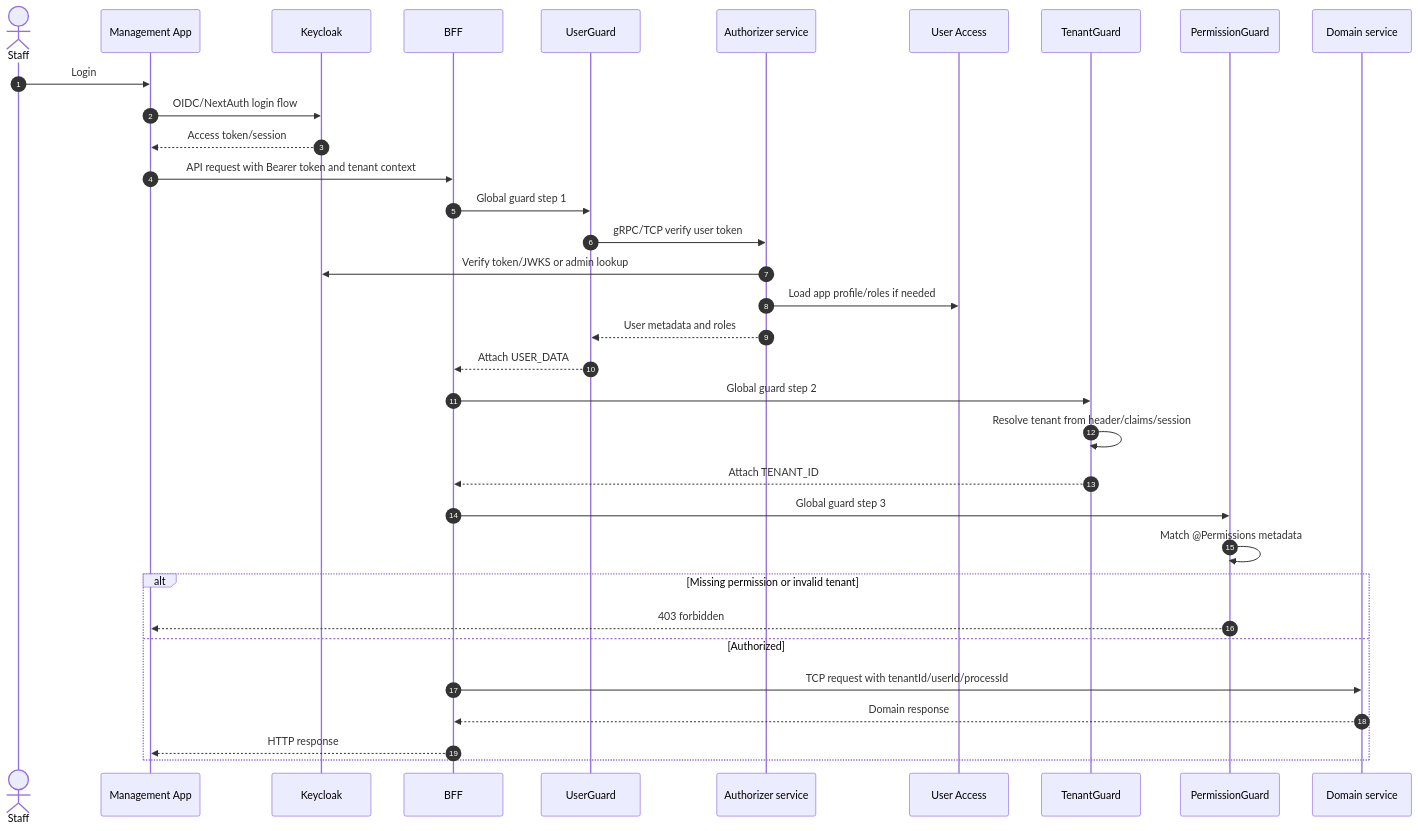
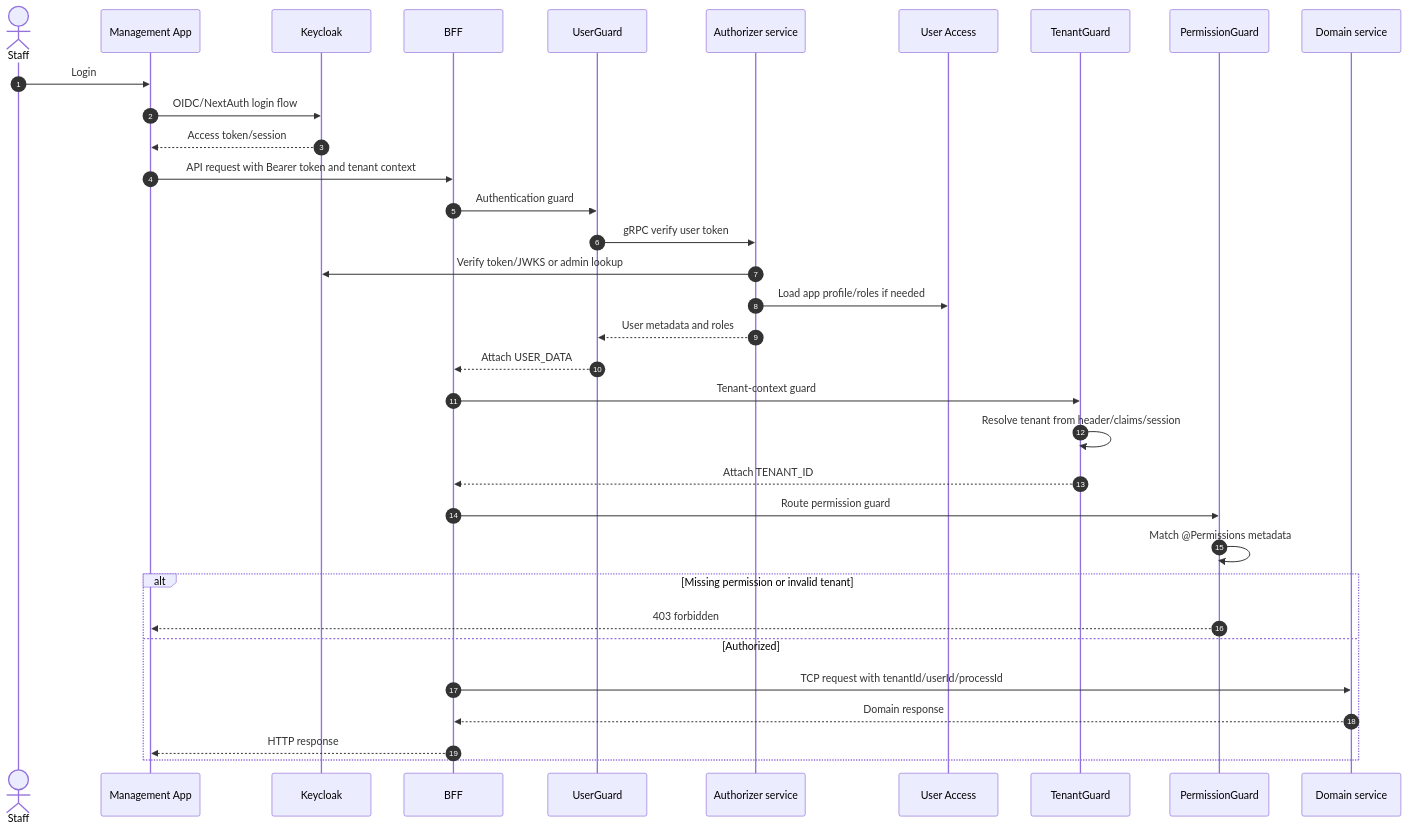
Before and after one commit to quan-vo-dinh/saas-pos-microservices-qrtable: diagram 11 of 13 in docs/guides/codebase-reading-map.en.md, drawn with Mermaid. The commit also changed other lines of this file and 1 other file, not shown here.

Commit message:
docs: update codebase reading map with refined architectural flows, updated entry points, and expanded phase documentation.docs: update documents

````diff
--- a/docs/guides/codebase-reading-map.en.md
+++ b/docs/guides/codebase-reading-map.en.md
@@ -982,38 +1109,38 @@
 ```mermaid
 sequenceDiagram
   autonumber
   actor Staff
   participant Mgmt as Management App
   participant Keycloak as Keycloak
   participant BFF as BFF
   participant UserGuard as UserGuard
   participant Authorizer as Authorizer service
   participant UserAccess as User Access
   participant TenantGuard as TenantGuard
   participant PermissionGuard as PermissionGuard
   participant Domain as Domain service
 
   Staff->>Mgmt: Login
   Mgmt->>Keycloak: OIDC/NextAuth login flow
   Keycloak-->>Mgmt: Access token/session
   Mgmt->>BFF: API request with Bearer token and tenant context
-  BFF->>UserGuard: Global guard step 1
-  UserGuard->>Authorizer: gRPC/TCP verify user token
+  BFF->>UserGuard: Authentication guard
+  UserGuard->>Authorizer: gRPC verify user token
   Authorizer->>Keycloak: Verify token/JWKS or admin lookup
   Authorizer->>UserAccess: Load app profile/roles if needed
   Authorizer-->>UserGuard: User metadata and roles
   UserGuard-->>BFF: Attach USER_DATA
-  BFF->>TenantGuard: Global guard step 2
+  BFF->>TenantGuard: Tenant-context guard
   TenantGuard->>TenantGuard: Resolve tenant from header/claims/session
   TenantGuard-->>BFF: Attach TENANT_ID
-  BFF->>PermissionGuard: Global guard step 3
+  BFF->>PermissionGuard: Route permission guard
   PermissionGuard->>PermissionGuard: Match @Permissions metadata
 
   alt Missing permission or invalid tenant
     PermissionGuard-->>Mgmt: 403 forbidden
   else Authorized
     BFF->>Domain: TCP request with tenantId/userId/processId
     Domain-->>BFF: Domain response
     BFF-->>Mgmt: HTTP response
   end
 ```
````
